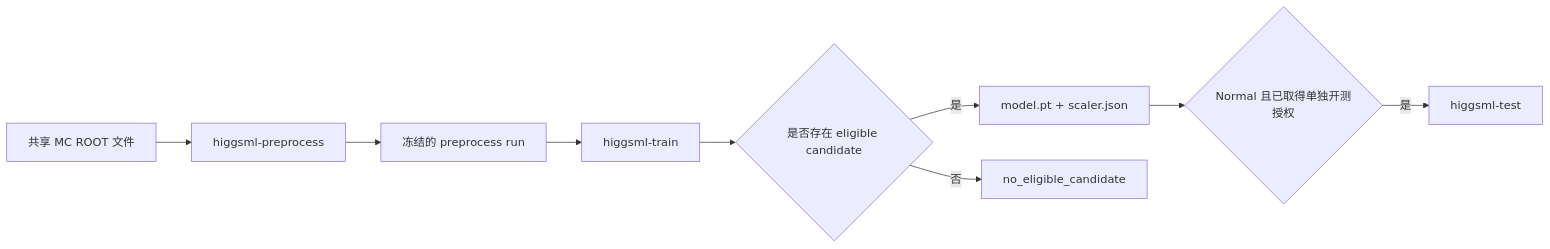
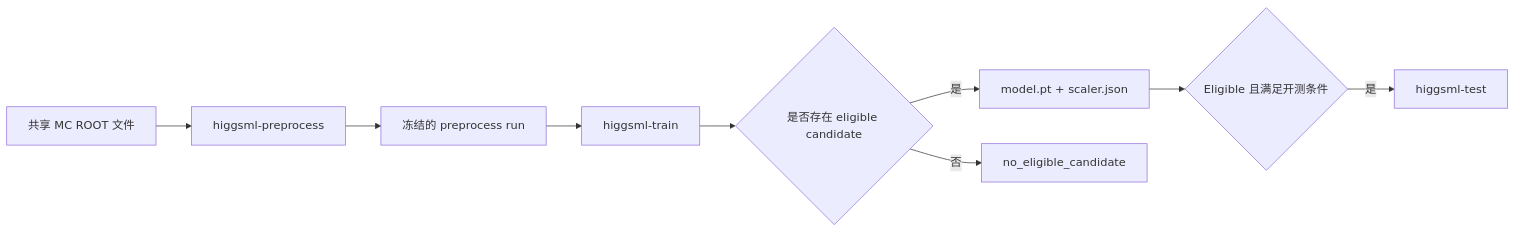
One commit to hyi03/HiggsML changed the diagram in README.md. Above: the diagram before and after it, drawn with Mermaid. The commit also changed other lines of this file and 76 other files, not shown here.

````diff
--- a/README.md
+++ b/README.md
@@ -17,11 +17,11 @@
 ```mermaid
 flowchart LR
     A[共享 MC ROOT 文件] --> B[higgsml-preprocess]
     B --> C[冻结的 preprocess run]
     C --> D[higgsml-train]
     D --> E{是否存在 eligible candidate}
     E -->|是| F[model.pt + scaler.json]
     E -->|否| G[no_eligible_candidate]
-    F --> H{Normal 且已取得单独开测授权}
+    F --> H{Eligible 且满足开测条件}
     H -->|是| I[higgsml-test]
 ```
````
